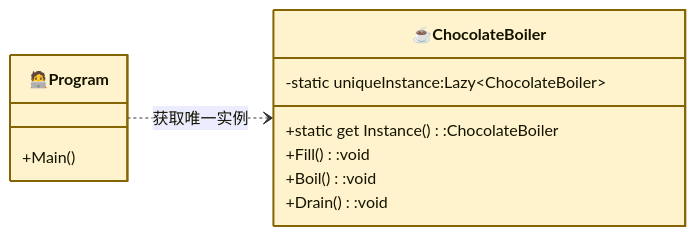
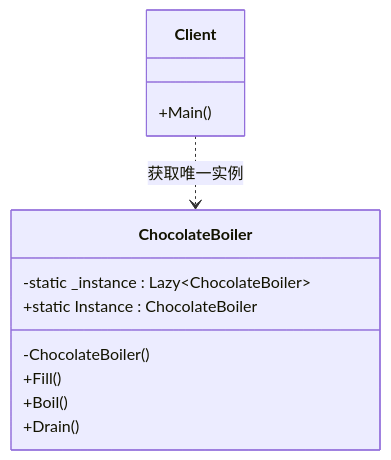
One commit to hollson/design_patterns changed the second of 2 diagrams in SingletonPattern/README.md. Above: the diagram before and after it, drawn with Mermaid. The commit also changed other lines of this file and 19 other files, not shown here.

````diff
--- a/SingletonPattern/README.md
+++ b/SingletonPattern/README.md
@@ -18,22 +45,16 @@
 ```mermaid
-%%{init: {"classDiagram": {"useMarkdownLabels": true}} }%%
 classDiagram
-    direction LR
-
-    class Singleton["☕ChocolateBoiler"]:::contextCls{
-        -static uniqueInstance:Lazy~ChocolateBoiler~
-        +static get Instance():ChocolateBoiler
-        +Fill():void
-        +Boil():void
-        +Drain():void
+    class ChocolateBoiler {
+        -static _instance : Lazy~ChocolateBoiler~
+        -ChocolateBoiler()
+        +static Instance : ChocolateBoiler
+        +Fill()
+        +Boil()
+        +Drain()
     }
-    class Client["🧑‍💻Program"]:::contextCls{
+    class Client {
         +Main()
     }
 
-    Client ..> Singleton : 获取唯一实例
-
-    classDef contextCls fill:#fff3cd,stroke:#856404,stroke-width:2px
-    classDef strategyCls fill:#f3e5ff,stroke:#6b2d91,stroke-width:2px
-    classDef concreteCls fill:#e5faef,stroke:#177048,stroke-width:2px
+    Client ..> ChocolateBoiler : 获取唯一实例
 ```
````
